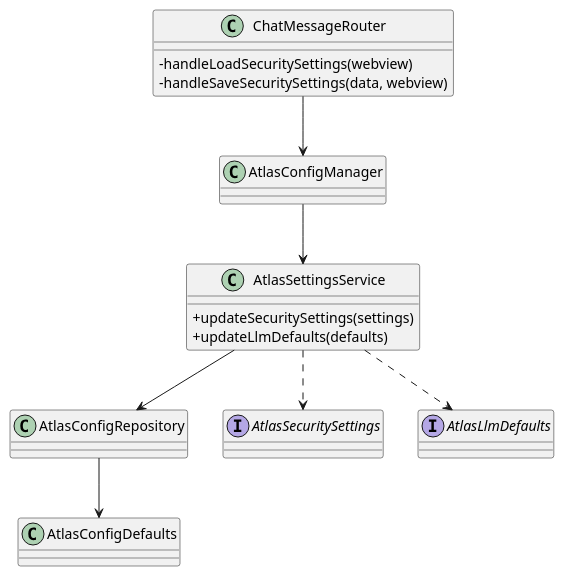
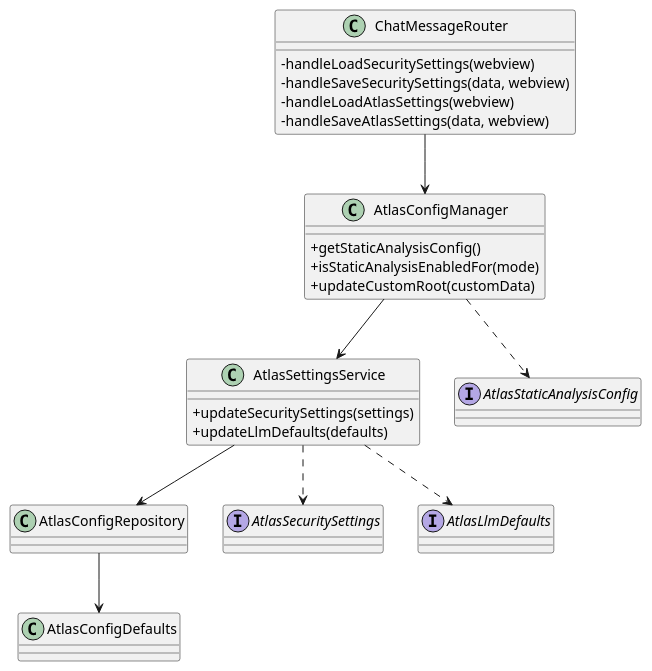
Before and after one commit to JVictorVI/ATLAS: diagram 15 of 40 in docs/plantuml-diagramas-por-caso-de-uso-atlas.md, drawn with PlantUML. The commit also changed other lines of this file and 2 other files, not shown here.

````diff
--- a/docs/plantuml-diagramas-por-caso-de-uso-atlas.md
+++ b/docs/plantuml-diagramas-por-caso-de-uso-atlas.md
@@ -516,27 +584,35 @@
 ```plantuml
 @startuml
 skinparam shadowing false
 skinparam classAttributeIconSize 0
 
 class ChatMessageRouter {
   -handleLoadSecuritySettings(webview)
   -handleSaveSecuritySettings(data, webview)
+  -handleLoadAtlasSettings(webview)
+  -handleSaveAtlasSettings(data, webview)
 }
-class AtlasConfigManager
+class AtlasConfigManager {
+  +getStaticAnalysisConfig()
+  +isStaticAnalysisEnabledFor(mode)
+  +updateCustomRoot(customData)
+}
 class AtlasSettingsService {
   +updateSecuritySettings(settings)
   +updateLlmDefaults(defaults)
 }
 class AtlasConfigRepository
 class AtlasConfigDefaults
 interface AtlasSecuritySettings
 interface AtlasLlmDefaults
+interface AtlasStaticAnalysisConfig
 
 ChatMessageRouter --> AtlasConfigManager
 AtlasConfigManager --> AtlasSettingsService
 AtlasSettingsService --> AtlasConfigRepository
 AtlasConfigRepository --> AtlasConfigDefaults
 AtlasSettingsService ..> AtlasSecuritySettings
 AtlasSettingsService ..> AtlasLlmDefaults
+AtlasConfigManager ..> AtlasStaticAnalysisConfig
 @enduml
 ```
````
